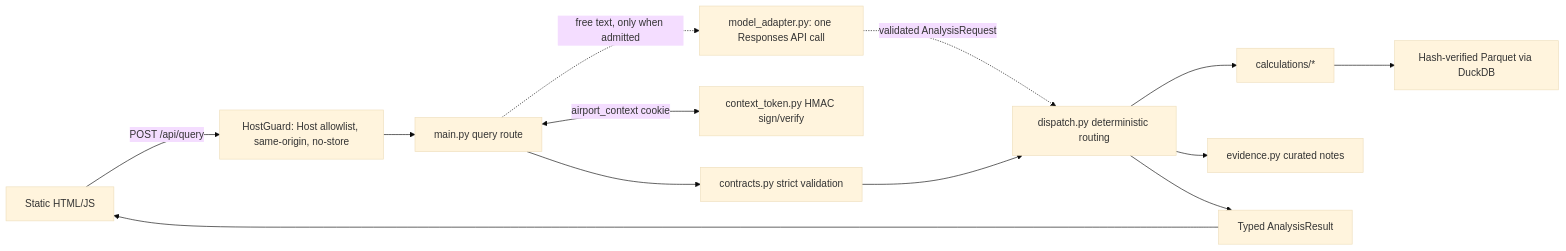
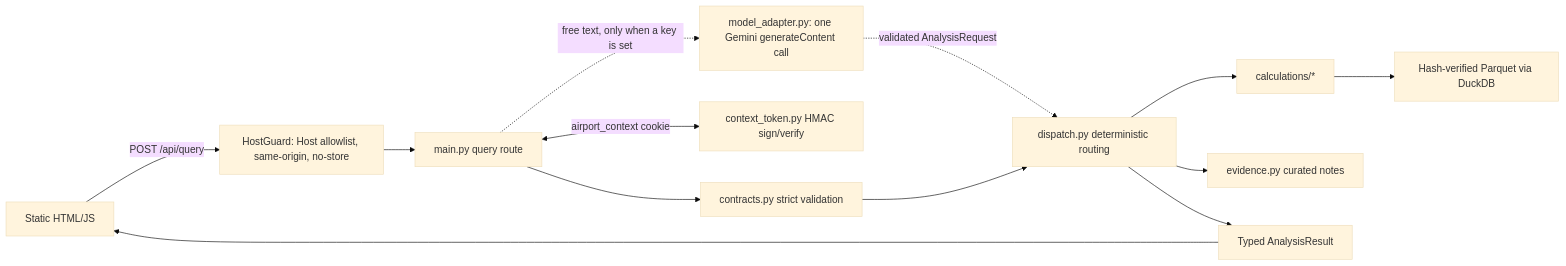
One commit to Bar-Bettash/deloitte-home-assignment changed the diagram in docs/ARCHITECTURE.md. Above: the diagram before and after it, drawn with Mermaid (base theme). The commit also changed other lines of this file and 13 other files, not shown here.

````diff
--- a/docs/ARCHITECTURE.md
+++ b/docs/ARCHITECTURE.md
@@ -22,15 +22,15 @@
 ```mermaid
 flowchart LR
     UI[Static HTML/JS] -->|POST /api/query| Guard[HostGuard: Host allowlist, same-origin, no-store]
     Guard --> API[main.py query route]
     API --> Contract[contracts.py strict validation]
     API <-->|airport_context cookie| Ctx[context_token.py HMAC sign/verify]
-    API -.->|free text, only when admitted| Model[model_adapter.py: one Responses API call]
+    API -.->|free text, only when a key is set| Model[model_adapter.py: one Gemini generateContent call]
     Model -.->|validated AnalysisRequest| Dispatch
     Contract --> Dispatch[dispatch.py deterministic routing]
     Dispatch --> Calc[calculations/*]
     Calc --> Data[Hash-verified Parquet via DuckDB]
     Dispatch --> Evidence[evidence.py curated notes]
     Dispatch --> Result[Typed AnalysisResult]
     Result --> UI
 ```
````
